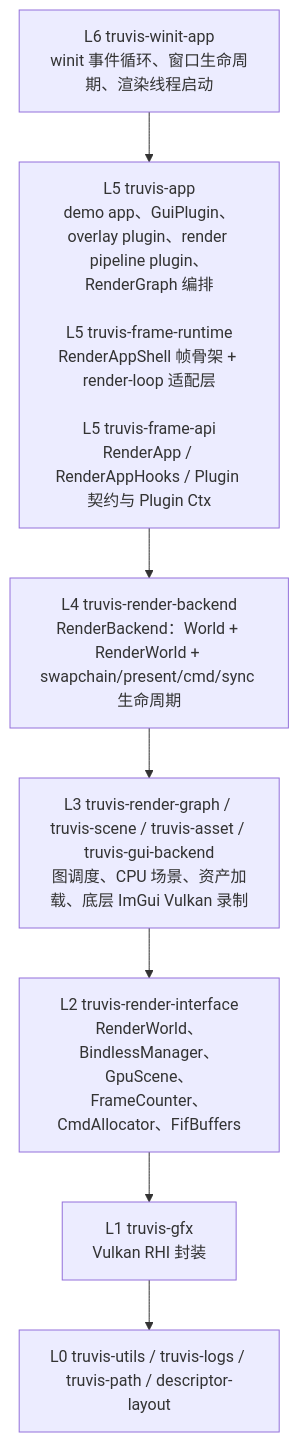
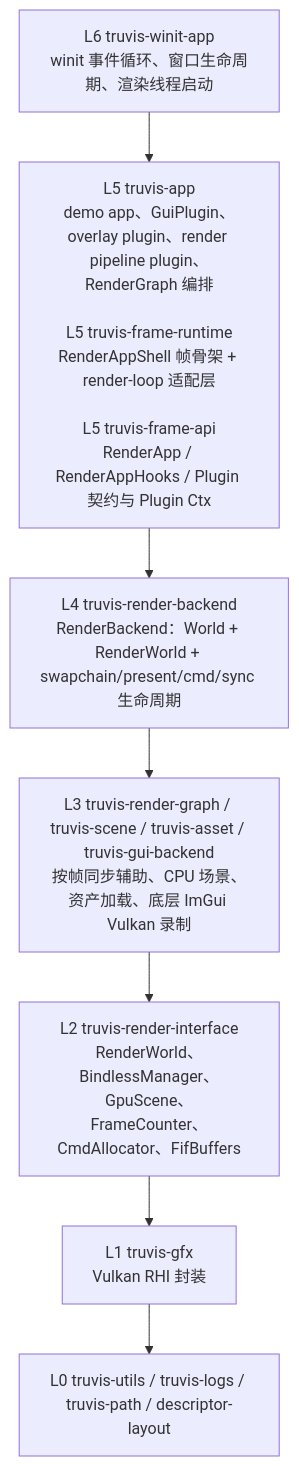
Before and after one commit to acccoco/TruvisRenderer: the first of 6 diagrams in ARCHITECTURE.md, drawn with Mermaid. The commit also changed other lines of this file and 26 other files, not shown here.

````diff
--- a/ARCHITECTURE.md
+++ b/ARCHITECTURE.md
@@ -9,12 +9,12 @@
 ```mermaid
 flowchart TB
     L6["L6 truvis-winit-app<br/>winit 事件循环、窗口生命周期、渲染线程启动"]
     L5["L5 truvis-app<br/>demo app、GuiPlugin、overlay plugin、render pipeline plugin、RenderGraph 编排<br/><br/>L5 truvis-frame-runtime<br/>RenderAppShell 帧骨架 + render-loop 适配层<br/><br/>L5 truvis-frame-api<br/>RenderApp / RenderAppHooks / Plugin 契约与 Plugin Ctx"]
     L4["L4 truvis-render-backend<br/>RenderBackend：World + RenderWorld + swapchain/present/cmd/sync 生命周期"]
-    L3["L3 truvis-render-graph / truvis-scene / truvis-asset / truvis-gui-backend<br/>图调度、CPU 场景、资产加载、底层 ImGui Vulkan 录制"]
+    L3["L3 truvis-render-graph / truvis-scene / truvis-asset / truvis-gui-backend<br/>按帧同步辅助、CPU 场景、资产加载、底层 ImGui Vulkan 录制"]
     L2["L2 truvis-render-interface<br/>RenderWorld、BindlessManager、GpuScene、FrameCounter、CmdAllocator、FifBuffers"]
     L1["L1 truvis-gfx<br/>Vulkan RHI 封装"]
     L0["L0 truvis-utils / truvis-logs / truvis-path / descriptor-layout"]
 
     L6 --> L5 --> L4 --> L3 --> L2 --> L1 --> L0
 ```
````
